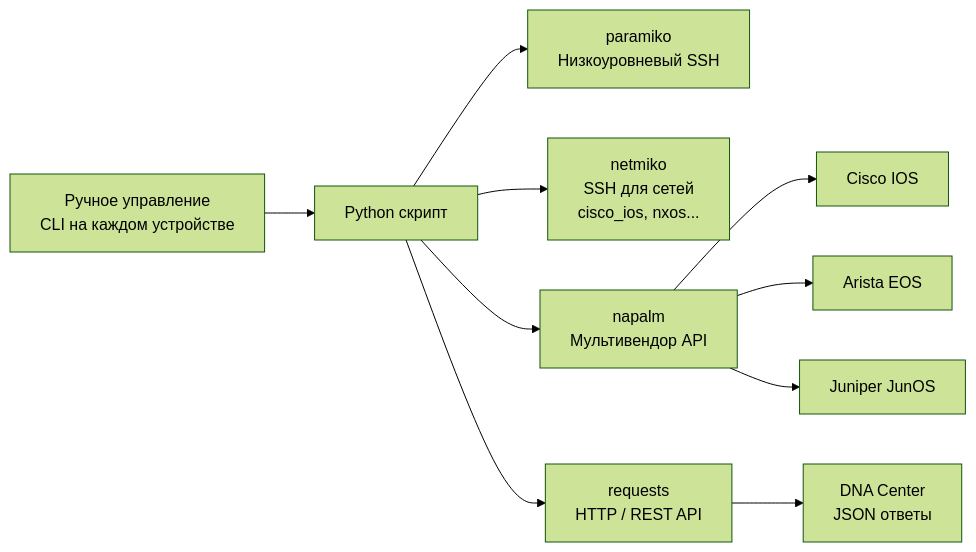
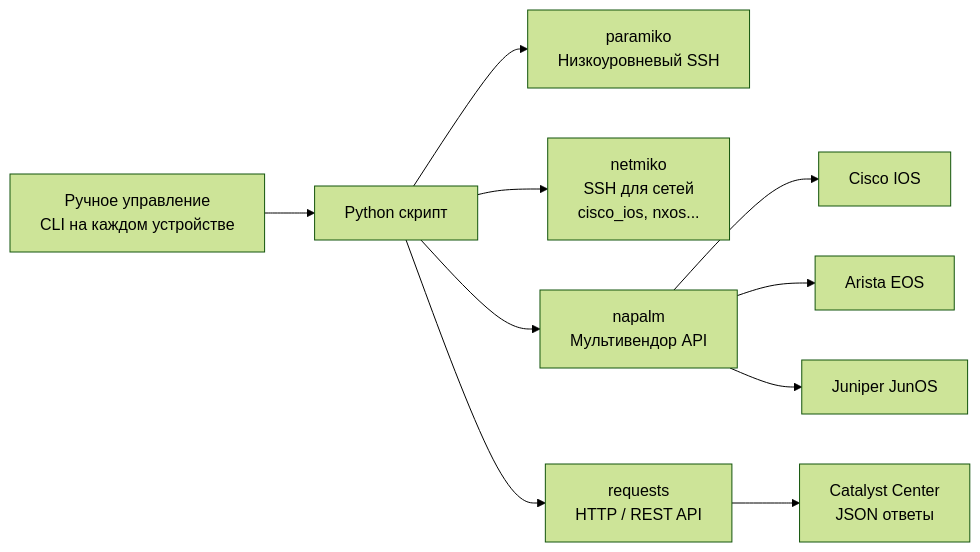
One commit to NickelFace/maks.top changed the diagram in content/posts/ccna/ru/ccna-6-04-python-automation.md. Above: the diagram before and after it, drawn with Mermaid (forest theme). The commit also changed other lines of this file and 94 other files, not shown here.

````diff
--- a/content/posts/ccna/ru/ccna-6-04-python-automation.md
+++ b/content/posts/ccna/ru/ccna-6-04-python-automation.md
@@ -309,12 +309,12 @@
 ```mermaid
 flowchart LR
     Manual["Ручное управление\nCLI на каждом устройстве"] --> Python["Python скрипт"]
     Python --> Paramiko["paramiko\nНизкоуровневый SSH"]
     Python --> Netmiko["netmiko\nSSH для сетей\ncisco_ios, nxos..."]
     Python --> NAPALM["napalm\nМультивендор API"]
     Python --> Requests["requests\nHTTP / REST API"]
-    Requests --> DNA["DNA Center\nJSON ответы"]
+    Requests --> DNA["Catalyst Center\nJSON ответы"]
     NAPALM --> IOS["Cisco IOS"]
     NAPALM --> EOS["Arista EOS"]
     NAPALM --> JunOS["Juniper JunOS"]
 ```
````
